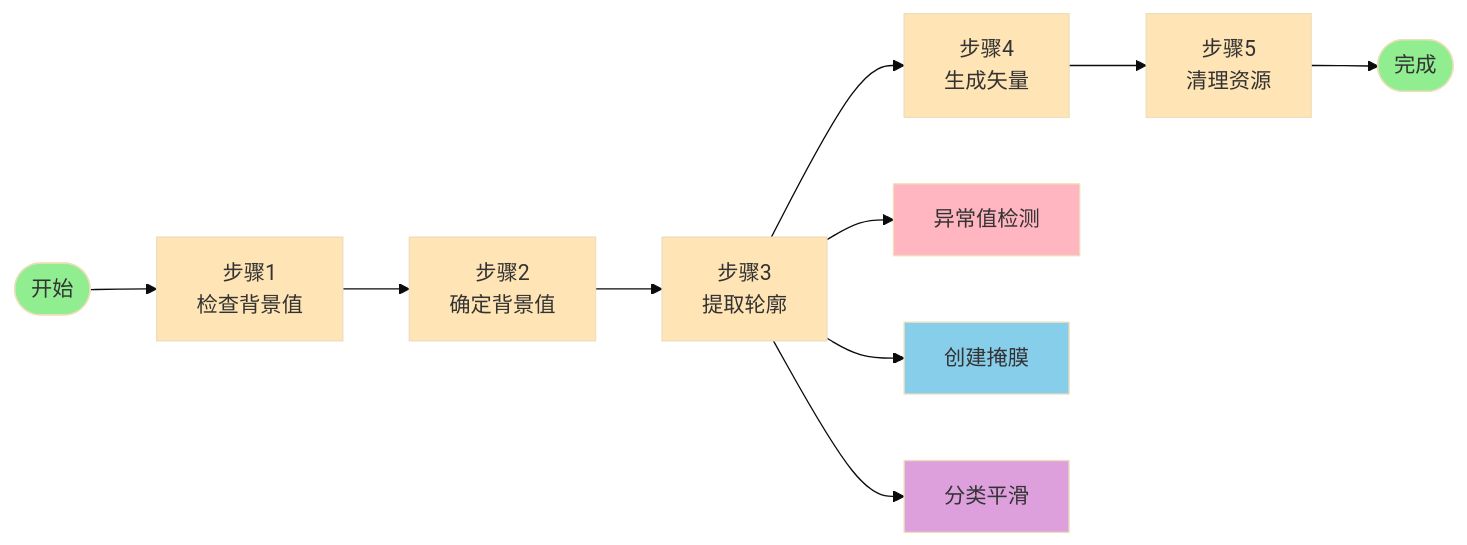
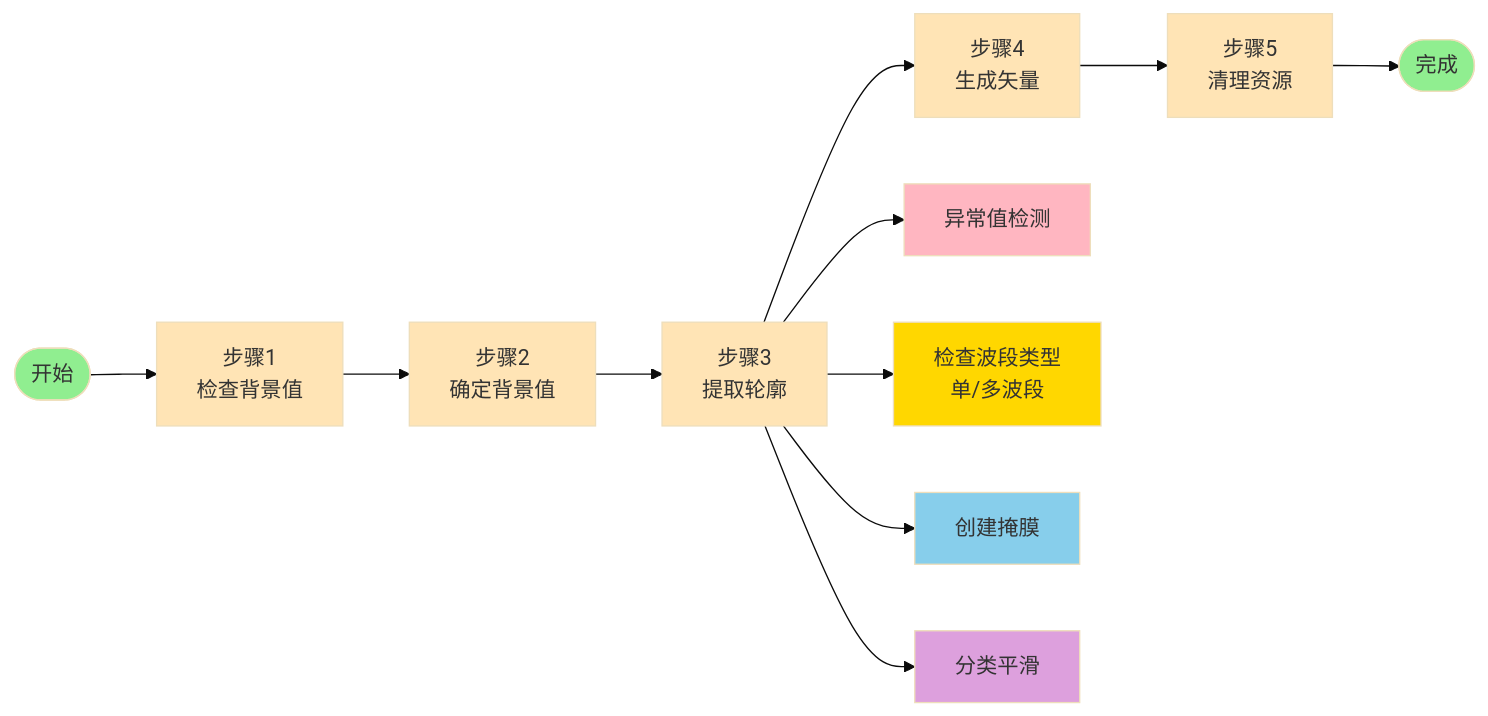
One commit to fashionfu/ENVI_IDL changed the second of 4 diagrams in 学习过程/1201_栅格轮廓提取工具使用说明.md. Above: the diagram before and after it, drawn with Mermaid (base theme).

````diff
--- a/学习过程/1201_栅格轮廓提取工具使用说明.md
+++ b/学习过程/1201_栅格轮廓提取工具使用说明.md
@@ -150,24 +150,26 @@
 ```mermaid
 flowchart LR
     Start([开始]) --> Step1[步骤1<br/>检查背景值]
     Step1 --> Step2[步骤2<br/>确定背景值]
     Step2 --> Step3[步骤3<br/>提取轮廓]
     Step3 --> Step4[步骤4<br/>生成矢量]
     Step4 --> Step5[步骤5<br/>清理资源]
     Step5 --> End([完成])
     
     Step3 --> Sub1[异常值检测]
-    Step3 --> Sub2[创建掩膜]
-    Step3 --> Sub3[分类平滑]
+    Step3 --> Sub2[检查波段类型<br/>单/多波段]
+    Step3 --> Sub3[创建掩膜]
+    Step3 --> Sub4[分类平滑]
     
     style Start fill:#90EE90
     style End fill:#90EE90
     style Step1 fill:#FFE4B5
     style Step2 fill:#FFE4B5
     style Step3 fill:#FFE4B5
     style Step4 fill:#FFE4B5
     style Step5 fill:#FFE4B5
     style Sub1 fill:#FFB6C1
-    style Sub2 fill:#87CEEB
-    style Sub3 fill:#DDA0DD
+    style Sub2 fill:#FFD700
+    style Sub3 fill:#87CEEB
+    style Sub4 fill:#DDA0DD
 ```
````
